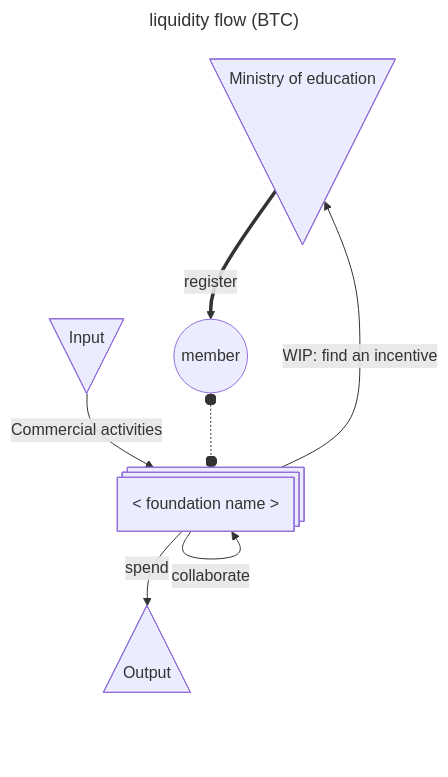
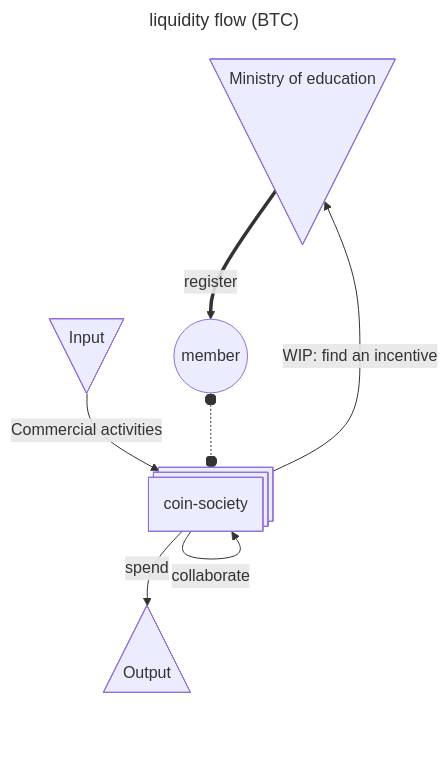
One commit to cromatikap/coin-society changed the diagram in README.md. Above: the diagram before and after it, drawn with Mermaid. The commit also changed other lines of this file, not shown here.

````diff
--- a/README.md
+++ b/README.md
@@ -59,12 +56,12 @@
 ```mermaid
 ---
 title: liquidity flow (BTC)
 ---
 flowchart TD
     Faucet@{ shape: flip-tri, label: "Ministry of education" } ==register==> Member((member))
     Commercial@{ shape: flip-tri, label: Input } -- Commercial activities --> TBDsociety
-    Member o-.-o TBDsociety@{ shape: procs, label: "< foundation name >"}
+    Member o-.-o TBDsociety@{ shape: procs, label: "coin-society"}
     TBDsociety -- WIP: find an incentive --> Faucet
     TBDsociety -- collaborate --> TBDsociety
     TBDsociety -- spend --> Output@{ shape: tri }
 ```
````
